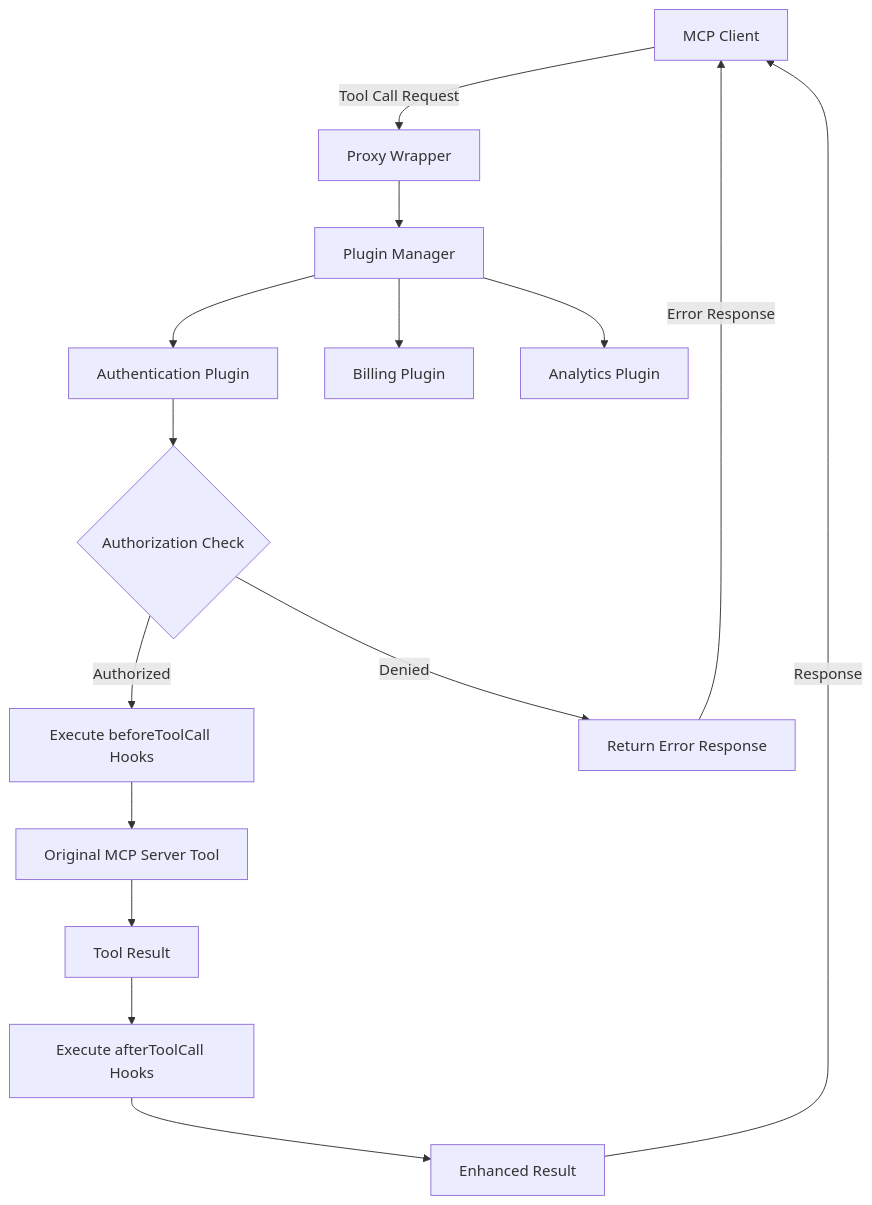
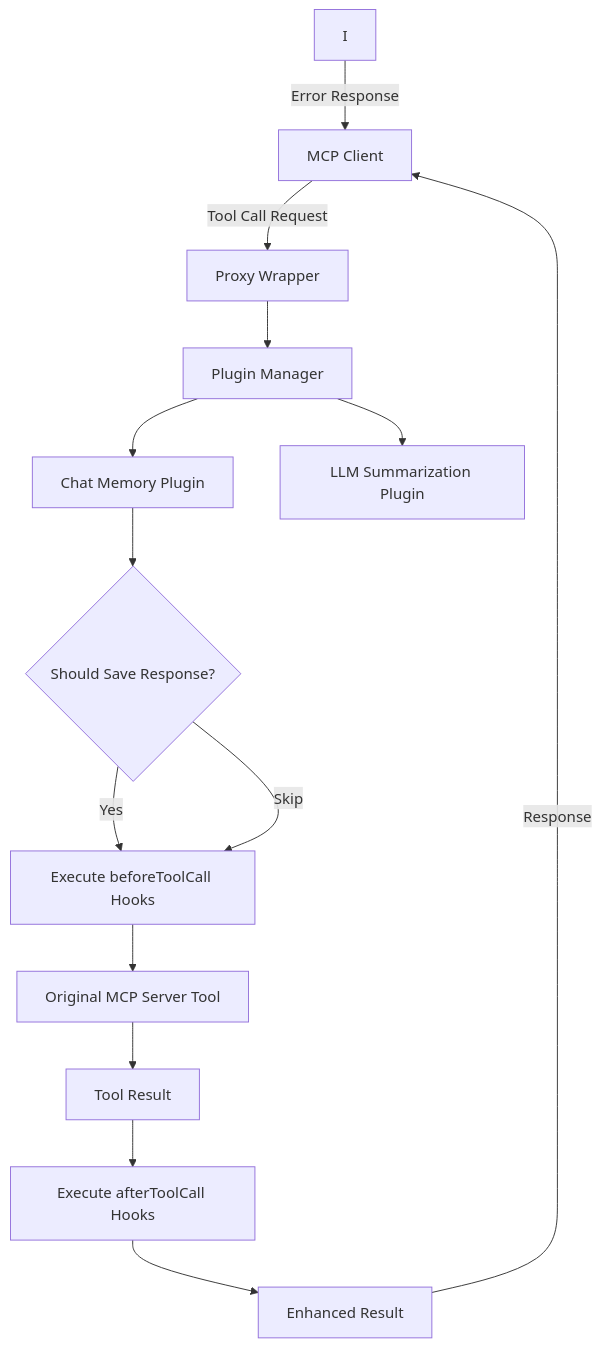
Before and after one commit to mcp-plugins/mcp-proxy-wrapper: the diagram in docs/pages/how-it-works.mdx, drawn with Mermaid. The commit also changed other lines of this file and 10 other files, not shown here.

````diff
--- a/docs/pages/how-it-works.mdx
+++ b/docs/pages/how-it-works.mdx
@@ -15,17 +15,16 @@
 ```mermaid
 graph TD
     A[MCP Client] -->|Tool Call Request| B[Proxy Wrapper]
     B --> C[Plugin Manager]
-    C --> D[Authentication Plugin]
-    C --> E[Billing Plugin] 
-    C --> F[Analytics Plugin]
-    D --> G{Authorization Check}
-    G -->|Authorized| H[Execute beforeToolCall Hooks]
-    G -->|Denied| I[Return Error Response]
+    C --> D[Chat Memory Plugin]
+    C --> E[LLM Summarization Plugin]
+    D --> G{Should Save Response?}
+    G -->|Yes| H[Execute beforeToolCall Hooks]
+    G -->|Skip| H[Execute beforeToolCall Hooks]
     H --> J[Original MCP Server Tool]
     J --> K[Tool Result]
     K --> L[Execute afterToolCall Hooks]
     L --> M[Enhanced Result]
     M -->|Response| A
     I -->|Error Response| A
 ```
````
